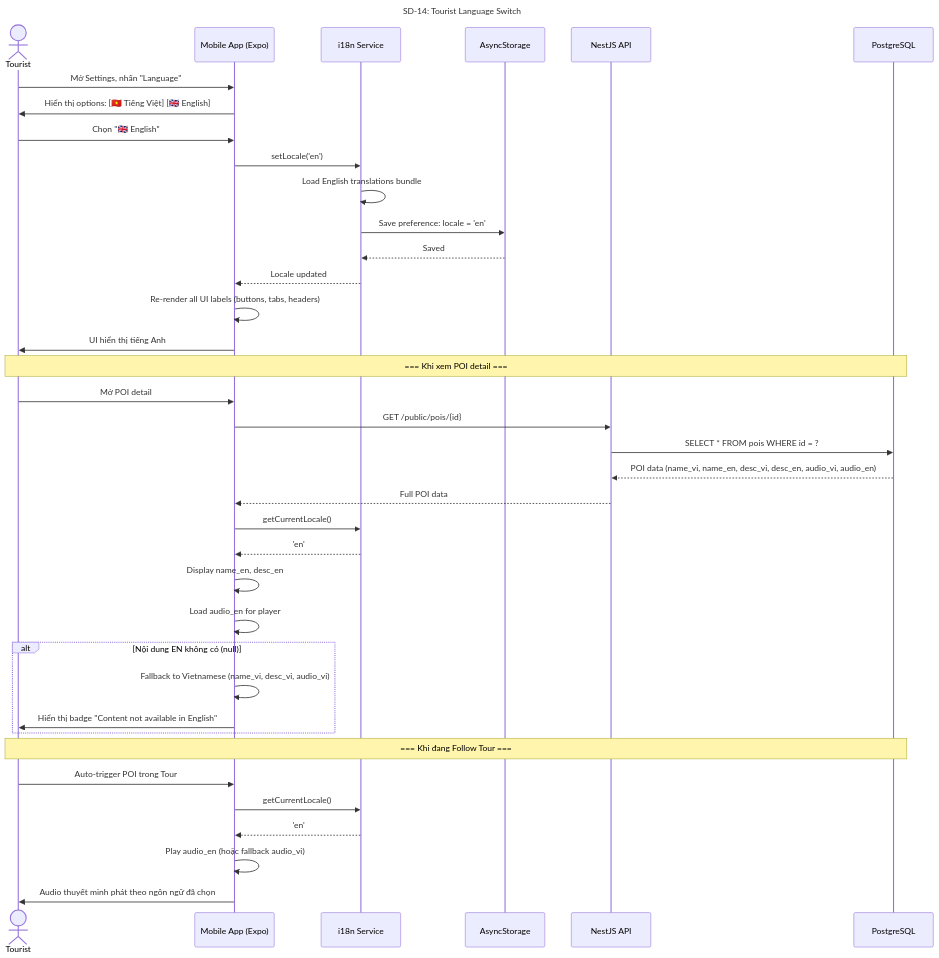
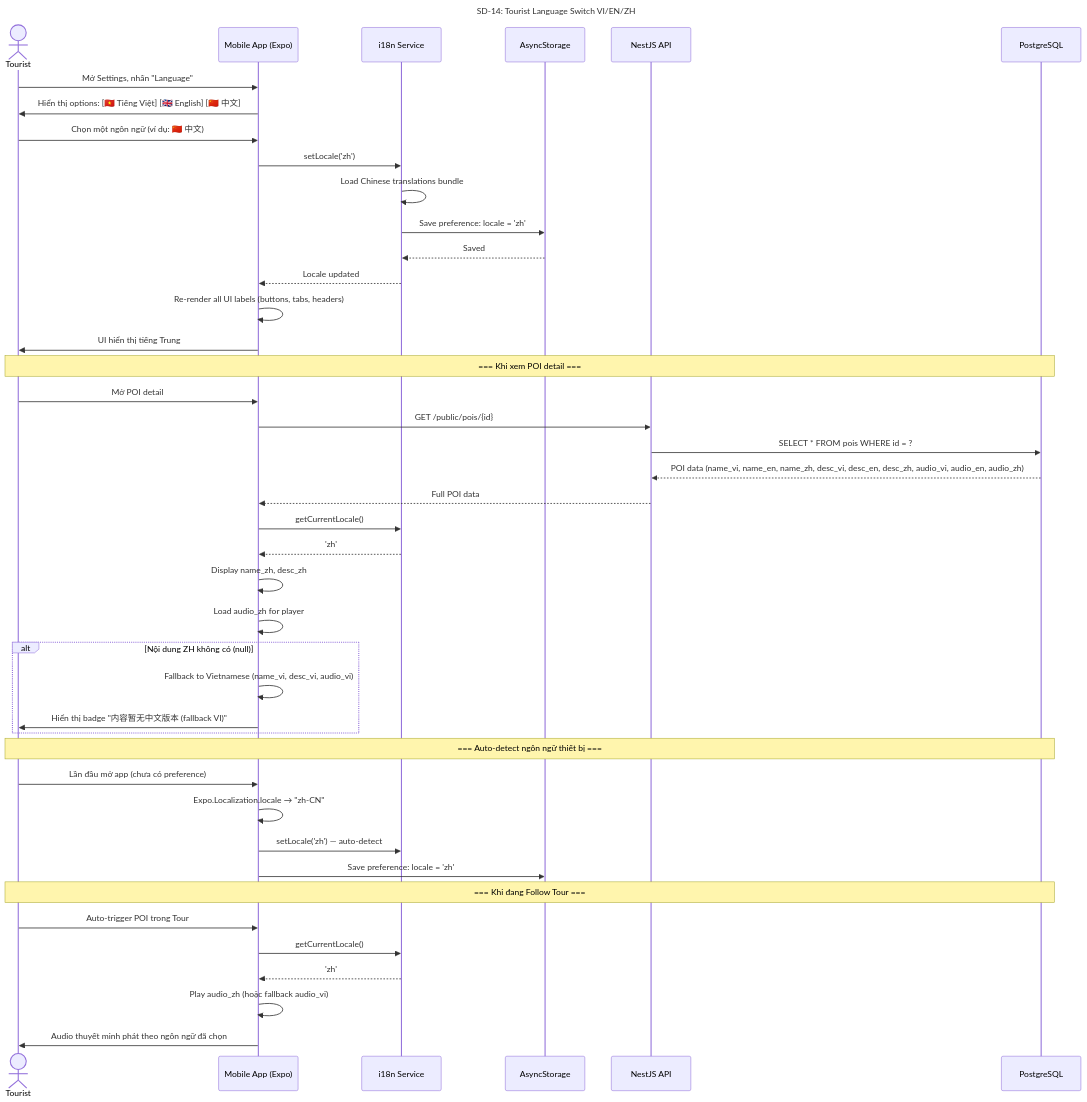
Before and after one commit to Ttuandatt/Seminar: diagram 14 of 19 in docs/step3_prd/15_sequence_diagrams.md, drawn with Mermaid. The commit also changed other lines of this file and 1 other file, not shown here.

First line of the commit message:
docs(prd): update sequence & activity diagrams to v3.0

````diff
--- a/docs/step3_prd/15_sequence_diagrams.md
+++ b/docs/step3_prd/15_sequence_diagrams.md
@@ -696,48 +709,54 @@
 ```mermaid
 sequenceDiagram
-    title SD-14: Tourist Language Switch
+    title SD-14: Tourist Language Switch VI/EN/ZH
     actor Tourist
     participant App as Mobile App (Expo)
     participant i18n as i18n Service
     participant Storage as AsyncStorage
     participant API as NestJS API
     participant DB as PostgreSQL
 
     Tourist->>App: Mở Settings, nhấn "Language"
-    App->>Tourist: Hiển thị options: [🇻🇳 Tiếng Việt] [🇬🇧 English]
-    Tourist->>App: Chọn "🇬🇧 English"
-    
-    App->>i18n: setLocale('en')
-    i18n->>i18n: Load English translations bundle
-    i18n->>Storage: Save preference: locale = 'en'
+    App->>Tourist: Hiển thị options: [🇻🇳 Tiếng Việt] [🇬🇧 English] [🇨🇳 中文]
+    Tourist->>App: Chọn một ngôn ngữ (ví dụ: 🇨🇳 中文)
+
+    App->>i18n: setLocale('zh')
+    i18n->>i18n: Load Chinese translations bundle
+    i18n->>Storage: Save preference: locale = 'zh'
     Storage-->>i18n: Saved
-    
+
     i18n-->>App: Locale updated
     App->>App: Re-render all UI labels (buttons, tabs, headers)
-    App->>Tourist: UI hiển thị tiếng Anh
+    App->>Tourist: UI hiển thị tiếng Trung
 
     Note over Tourist, DB: === Khi xem POI detail ===
     Tourist->>App: Mở POI detail
     App->>API: GET /public/pois/{id}
     API->>DB: SELECT * FROM pois WHERE id = ?
-    DB-->>API: POI data (name_vi, name_en, desc_vi, desc_en, audio_vi, audio_en)
+    DB-->>API: POI data (name_vi, name_en, name_zh, desc_vi, desc_en, desc_zh, audio_vi, audio_en, audio_zh)
     API-->>App: Full POI data
-    
+
     App->>i18n: getCurrentLocale()
-    i18n-->>App: 'en'
-    
-    App->>App: Display name_en, desc_en
-    App->>App: Load audio_en for player
+    i18n-->>App: 'zh'
 
-    alt Nội dung EN không có (null)
+    App->>App: Display name_zh, desc_zh
+    App->>App: Load audio_zh for player
+
+    alt Nội dung ZH không có (null)
         App->>App: Fallback to Vietnamese (name_vi, desc_vi, audio_vi)
-        App->>Tourist: Hiển thị badge "Content not available in English"
+        App->>Tourist: Hiển thị badge "内容暂无中文版本 (fallback VI)"
     end
+
+    Note over Tourist, DB: === Auto-detect ngôn ngữ thiết bị ===
+    Tourist->>App: Lần đầu mở app (chưa có preference)
+    App->>App: Expo.Localization.locale → "zh-CN"
+    App->>i18n: setLocale('zh') — auto-detect
+    App->>Storage: Save preference: locale = 'zh'
 
     Note over Tourist, DB: === Khi đang Follow Tour ===
     Tourist->>App: Auto-trigger POI trong Tour
     App->>i18n: getCurrentLocale()
-    i18n-->>App: 'en'
-    App->>App: Play audio_en (hoặc fallback audio_vi)
+    i18n-->>App: 'zh'
+    App->>App: Play audio_zh (hoặc fallback audio_vi)
     App->>Tourist: Audio thuyết minh phát theo ngôn ngữ đã chọn
 ```
````
